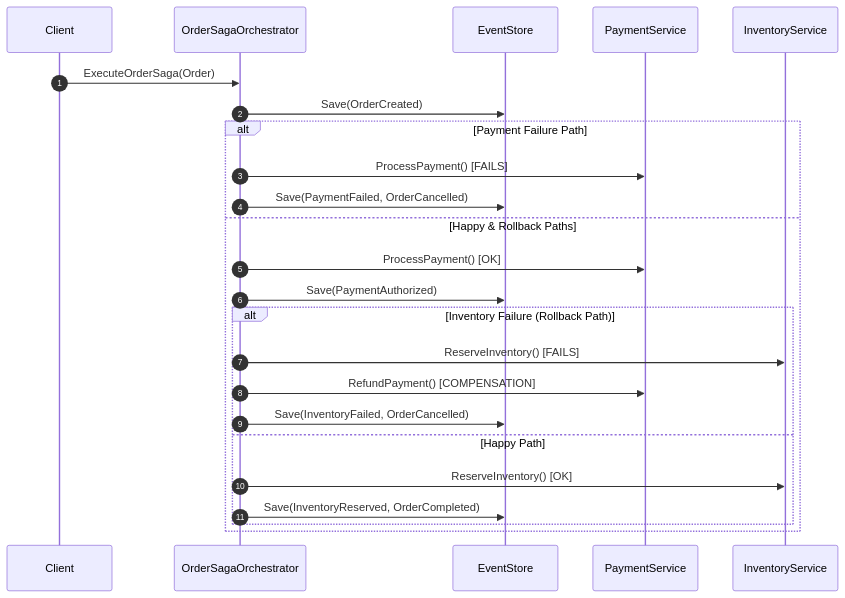
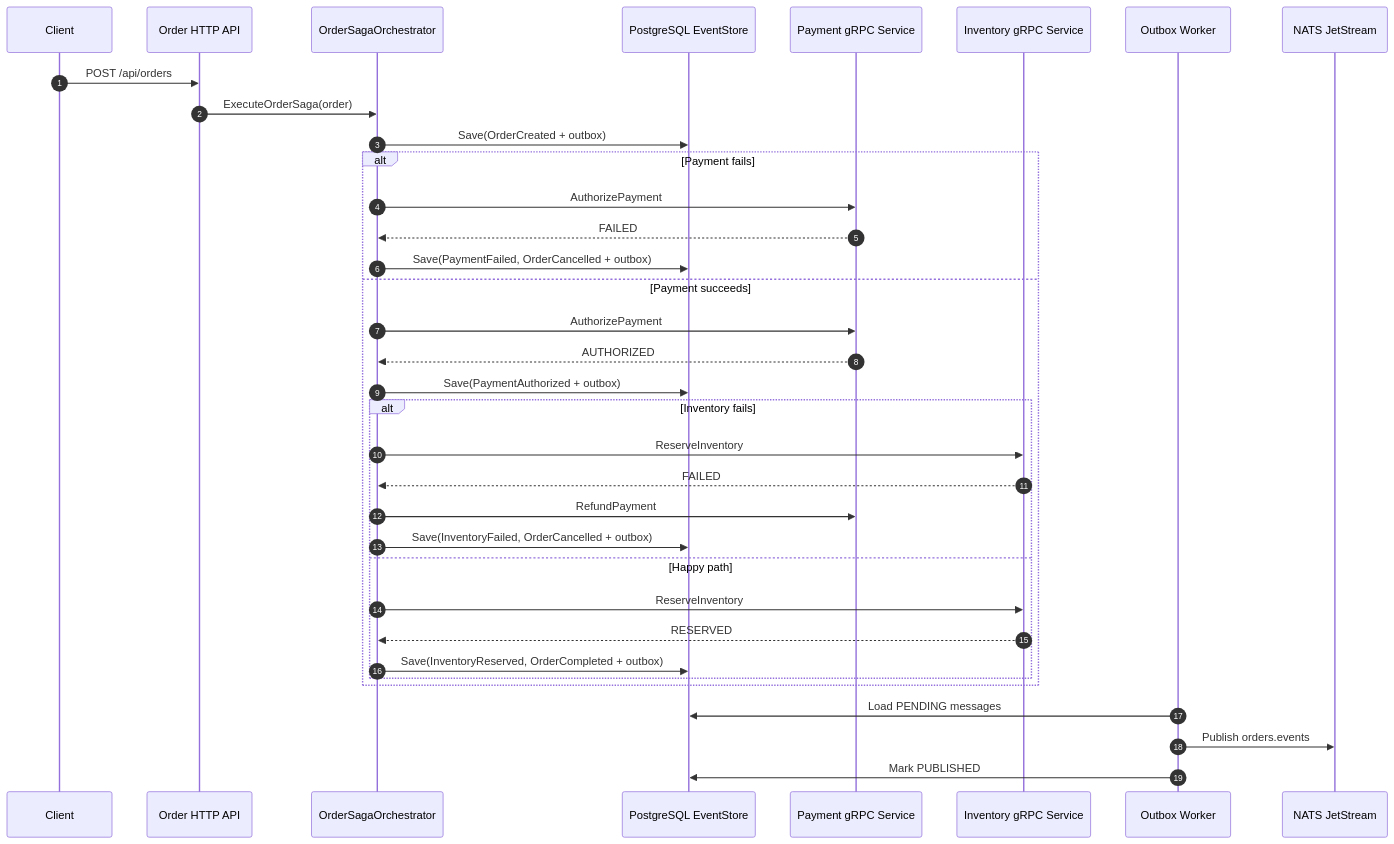
The diagram in README.md (coolspartak9819-rgb/order-saga-eventsourcing), drawn with Mermaid before and after one commit. The commit also changed other lines of this file and 18 other files, not shown here.

````diff
--- a/README.md
+++ b/README.md
@@ -19,29 +60,41 @@
 ```mermaid
 sequenceDiagram
     autonumber
     participant Client
+    participant API as Order HTTP API
     participant Saga as OrderSagaOrchestrator
-    participant Store as EventStore
-    participant Pay as PaymentService
-    participant Inv as InventoryService
+    participant Store as PostgreSQL EventStore
+    participant Pay as Payment gRPC Service
+    participant Inv as Inventory gRPC Service
+    participant Outbox as Outbox Worker
+    participant NATS as NATS JetStream
 
-    Client->>Saga: ExecuteOrderSaga(Order)
-    Saga->>Store: Save(OrderCreated)
+    Client->>API: POST /api/orders
+    API->>Saga: ExecuteOrderSaga(order)
+    Saga->>Store: Save(OrderCreated + outbox)
 
-    alt Payment Failure Path
-        Saga->>Pay: ProcessPayment() [FAILS]
-        Saga->>Store: Save(PaymentFailed, OrderCancelled)
-    else Happy & Rollback Paths
-        Saga->>Pay: ProcessPayment() [OK]
-        Saga->>Store: Save(PaymentAuthorized)
+    alt Payment fails
+        Saga->>Pay: AuthorizePayment
+        Pay-->>Saga: FAILED
+        Saga->>Store: Save(PaymentFailed, OrderCancelled + outbox)
+    else Payment succeeds
+        Saga->>Pay: AuthorizePayment
+        Pay-->>Saga: AUTHORIZED
+        Saga->>Store: Save(PaymentAuthorized + outbox)
 
-        alt Inventory Failure (Rollback Path)
-            Saga->>Inv: ReserveInventory() [FAILS]
-            Saga->>Pay: RefundPayment() [COMPENSATION]
-            Saga->>Store: Save(InventoryFailed, OrderCancelled)
-        else Happy Path
-            Saga->>Inv: ReserveInventory() [OK]
-            Saga->>Store: Save(InventoryReserved, OrderCompleted)
+        alt Inventory fails
+            Saga->>Inv: ReserveInventory
+            Inv-->>Saga: FAILED
+            Saga->>Pay: RefundPayment
+            Saga->>Store: Save(InventoryFailed, OrderCancelled + outbox)
+        else Happy path
+            Saga->>Inv: ReserveInventory
+            Inv-->>Saga: RESERVED
+            Saga->>Store: Save(InventoryReserved, OrderCompleted + outbox)
         end
     end
+
+    Outbox->>Store: Load PENDING messages
+    Outbox->>NATS: Publish orders.events
+    Outbox->>Store: Mark PUBLISHED
 ```
````
